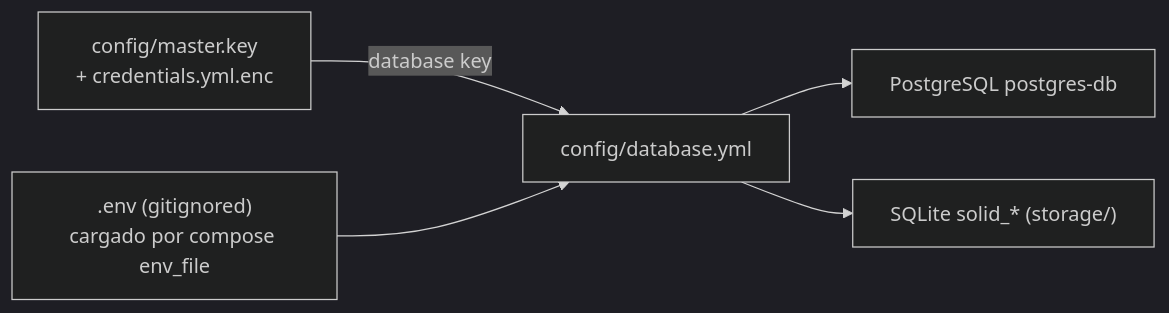
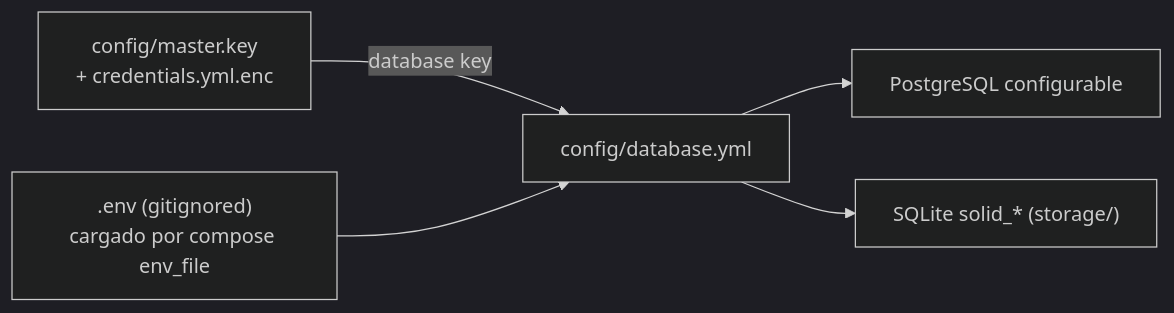
The first of 2 diagrams in docs/base/02-configuracion.md (senmais/xannhael), drawn with Mermaid (dark theme) before and after one commit. The commit also changed other lines of this file and 11 other files, not shown here.

First line of the commit message:
Make PostgreSQL configuration project-aware

````diff
--- a/docs/base/02-configuracion.md
+++ b/docs/base/02-configuracion.md
@@ -7,7 +7,7 @@
 ```mermaid
 flowchart LR
     A["config/master.key<br/>+ credentials.yml.enc"] -->|"database key"| B["config/database.yml"]
     C[".env (gitignored)<br/>cargado por compose env_file"] --> B
-    B --> D["PostgreSQL postgres-db"]
+    B --> D["PostgreSQL configurable"]
     B --> E["SQLite solid_* (storage/)"]
 ```
````
